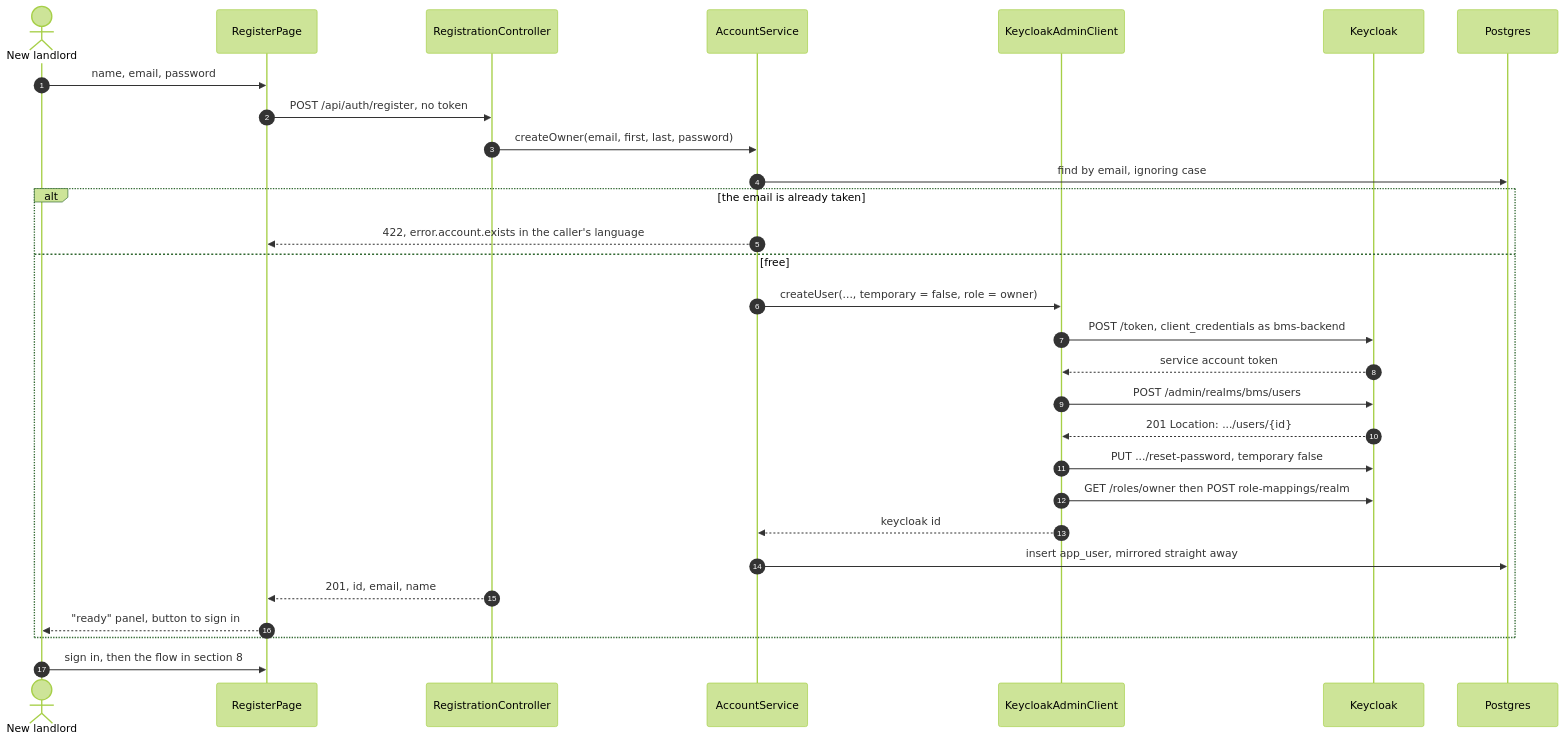
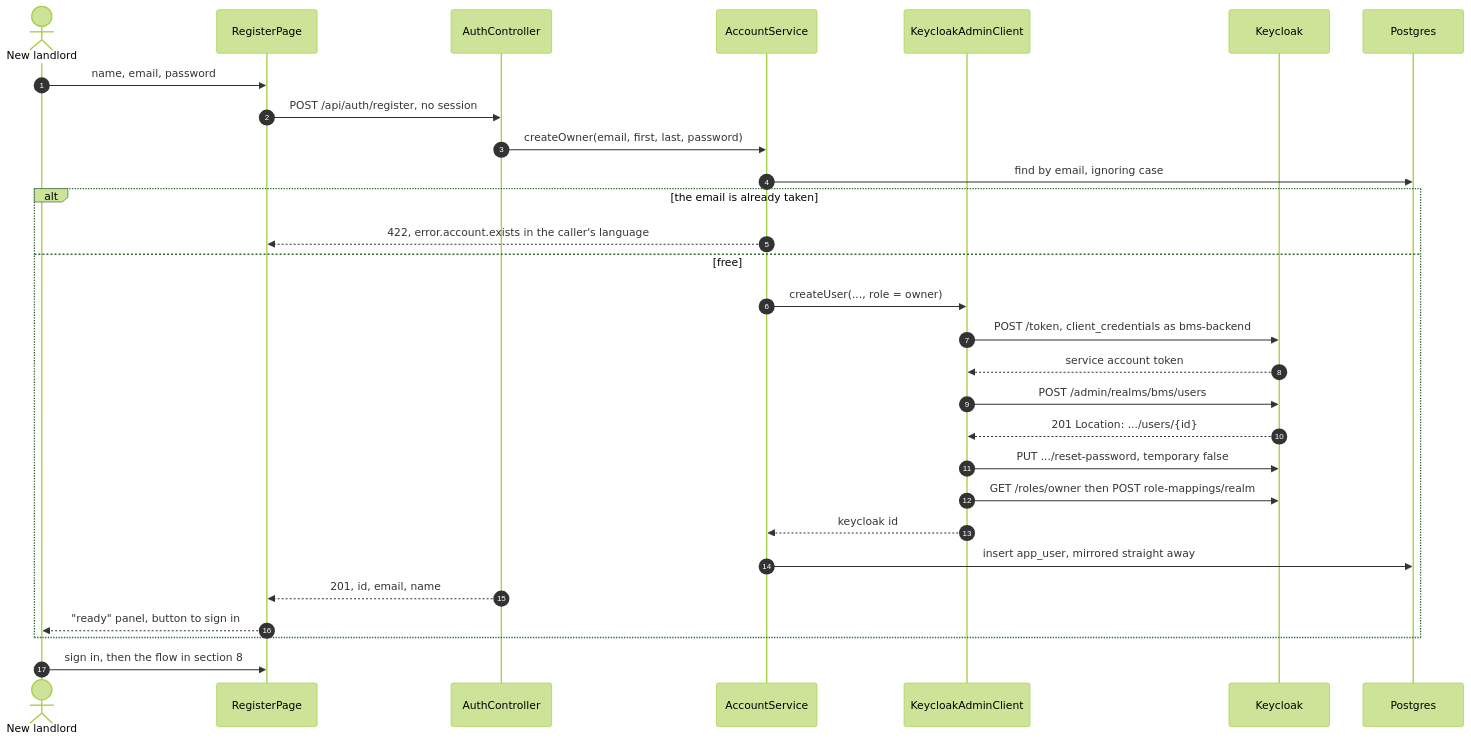
One commit to stephane-nganou/building-management-systems changed the tenth of 19 diagrams in docs/ARCHITECTURE_DIAGRAMS.md. Above: the diagram before and after it, drawn with Mermaid (forest theme). The commit also changed other lines of this file and 58 other files, not shown here.

````diff
--- a/docs/ARCHITECTURE_DIAGRAMS.md
+++ b/docs/ARCHITECTURE_DIAGRAMS.md
@@ -727,32 +811,32 @@
 ```mermaid
 sequenceDiagram
     autonumber
     actor U as New landlord
     participant B as RegisterPage
-    participant A as RegistrationController
+    participant A as AuthController
     participant S as AccountService
     participant KC as KeycloakAdminClient
     participant K as Keycloak
     participant DB as Postgres
 
     U->>B: name, email, password
-    B->>A: POST /api/auth/register, no token
+    B->>A: POST /api/auth/register, no session
     A->>S: createOwner(email, first, last, password)
     S->>DB: find by email, ignoring case
     alt the email is already taken
         S-->>B: 422, error.account.exists in the caller's language
     else free
-        S->>KC: createUser(..., temporary = false, role = owner)
+        S->>KC: createUser(..., role = owner)
         KC->>K: POST /token, client_credentials as bms-backend
         K-->>KC: service account token
         KC->>K: POST /admin/realms/bms/users
         K-->>KC: 201 Location: .../users/{id}
         KC->>K: PUT .../reset-password, temporary false
         KC->>K: GET /roles/owner then POST role-mappings/realm
         KC-->>S: keycloak id
         S->>DB: insert app_user, mirrored straight away
         A-->>B: 201, id, email, name
         B-->>U: "ready" panel, button to sign in
     end
     U->>B: sign in, then the flow in section 8
 ```
````
